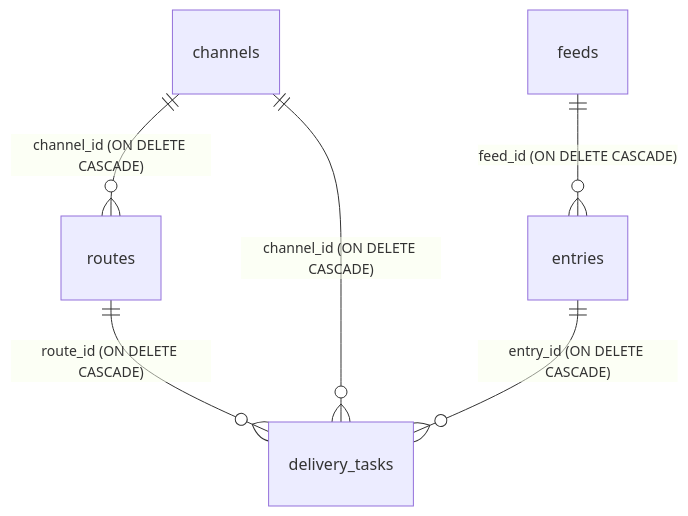
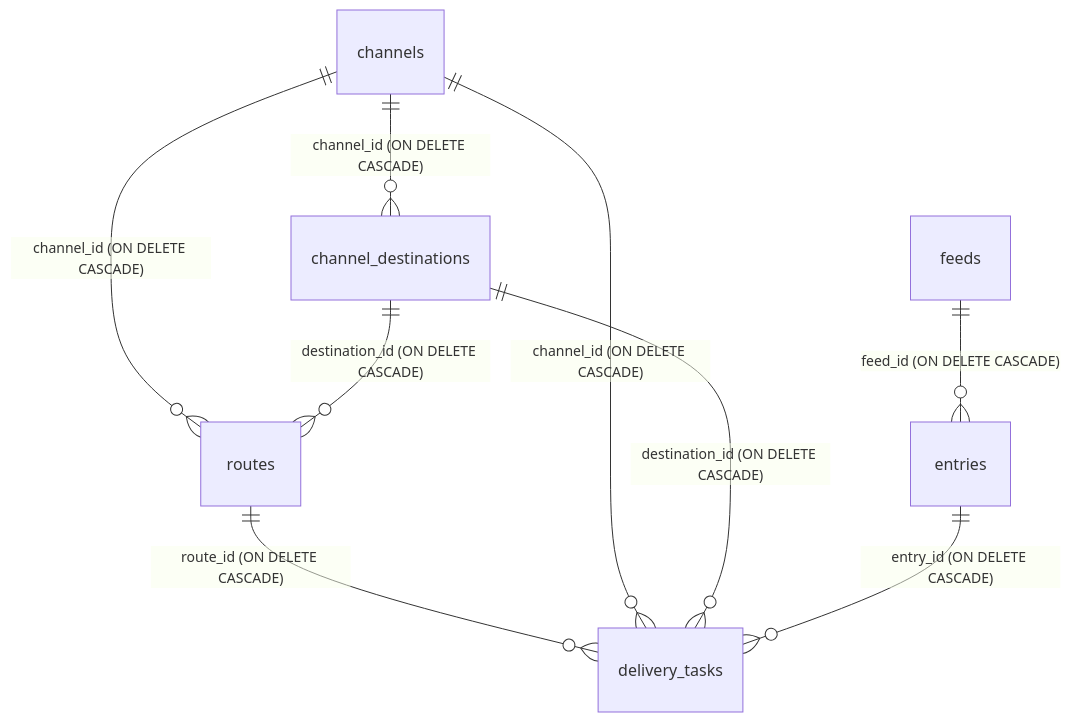
Before and after one commit to ElleryHe/FeedCourier: the diagram in docs/reference/database-schema.md, drawn with Mermaid. The commit also changed other lines of this file and 79 other files, not shown here.

````diff
--- a/docs/reference/database-schema.md
+++ b/docs/reference/database-schema.md
@@ -13,8 +13,11 @@
 ```mermaid
 erDiagram
     feeds ||--o{ entries : "feed_id (ON DELETE CASCADE)"
+    channels ||--o{ channel_destinations : "channel_id (ON DELETE CASCADE)"
     channels ||--o{ routes : "channel_id (ON DELETE CASCADE)"
+    channel_destinations ||--o{ routes : "destination_id (ON DELETE CASCADE)"
     routes ||--o{ delivery_tasks : "route_id (ON DELETE CASCADE)"
     channels ||--o{ delivery_tasks : "channel_id (ON DELETE CASCADE)"
+    channel_destinations ||--o{ delivery_tasks : "destination_id (ON DELETE CASCADE)"
     entries ||--o{ delivery_tasks : "entry_id (ON DELETE CASCADE)"
 ```
````
